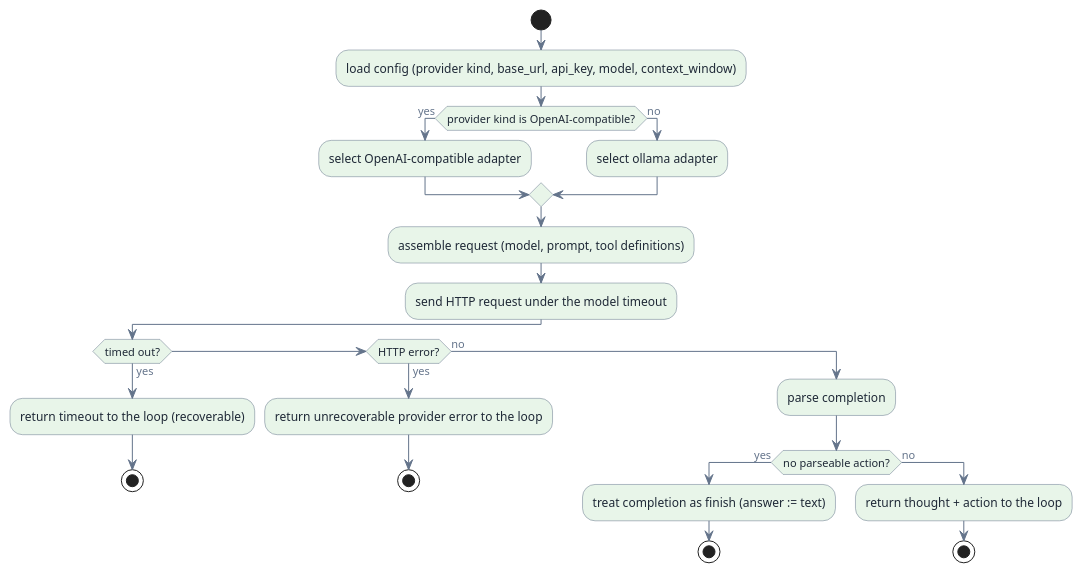
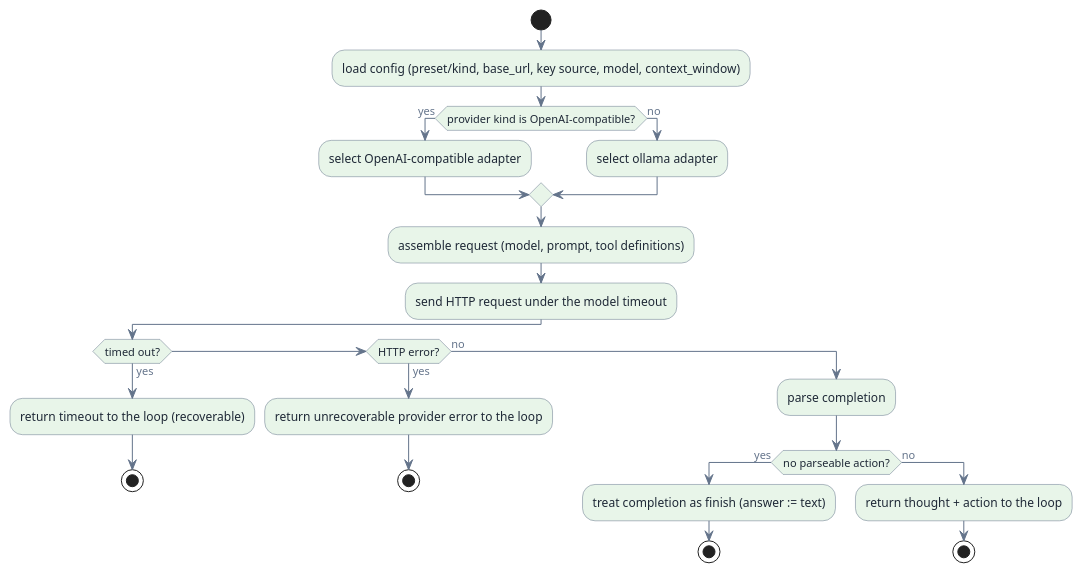
The second of 2 diagrams in 00_bp/C2_providers.md (invented-pro/sudoer), drawn with PlantUML before and after one commit. The commit also changed other lines of this file and 29 other files, not shown here.

````diff
--- a/00_bp/C2_providers.md
+++ b/00_bp/C2_providers.md
@@ -53,35 +56,35 @@
 ```plantuml
 @startuml
 skinparam backgroundColor transparent
 skinparam defaultFontColor #64748B
 skinparam activityBackgroundColor #E8F5E9
 skinparam activityBorderColor #64748B
 skinparam activityFontColor #1F2937
 skinparam arrowColor #64748B
 start
-:load config (provider kind, base_url, api_key, model, context_window);
+:load config (preset/kind, base_url, key source, model, context_window);
 if (provider kind is OpenAI-compatible?) then (yes)
   :select OpenAI-compatible adapter;
 else (no)
   :select ollama adapter;
 endif
 :assemble request (model, prompt, tool definitions);
 :send HTTP request under the model timeout;
 if (timed out?) then (yes)
   :return timeout to the loop (recoverable);
   stop
 elseif (HTTP error?) then (yes)
   :return unrecoverable provider error to the loop;
   stop
 else (no)
   :parse completion;
   if (no parseable action?) then (yes)
     :treat completion as finish (answer := text);
     stop
   else (no)
     :return thought + action to the loop;
     stop
   endif
 endif
 @enduml
 ```
````
